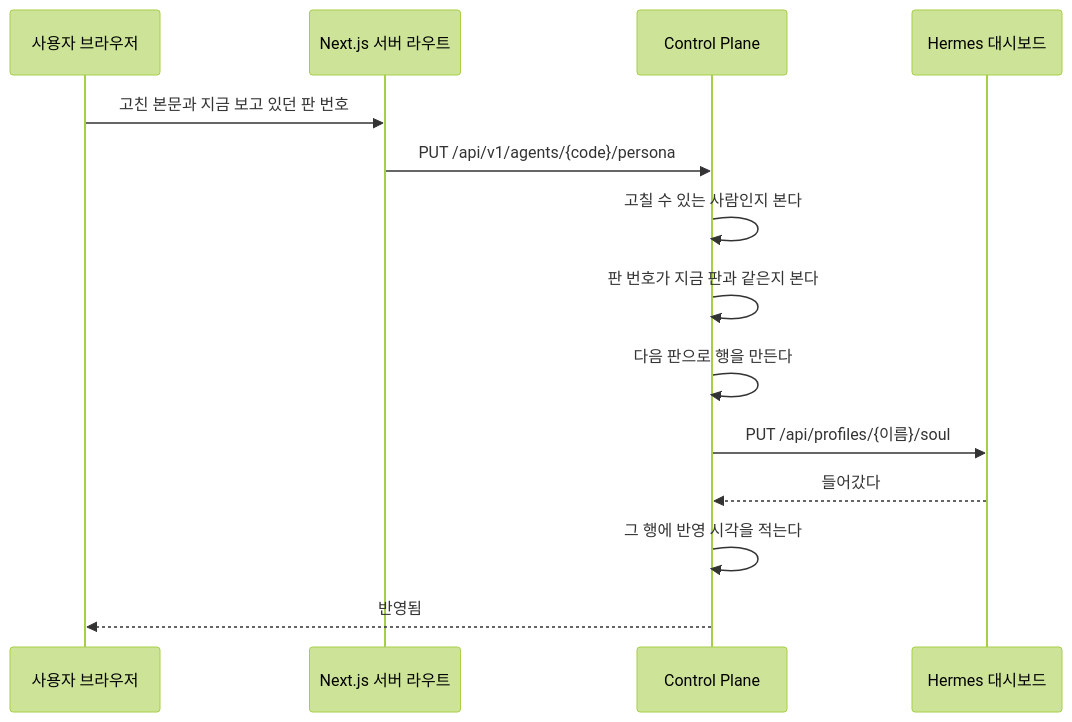
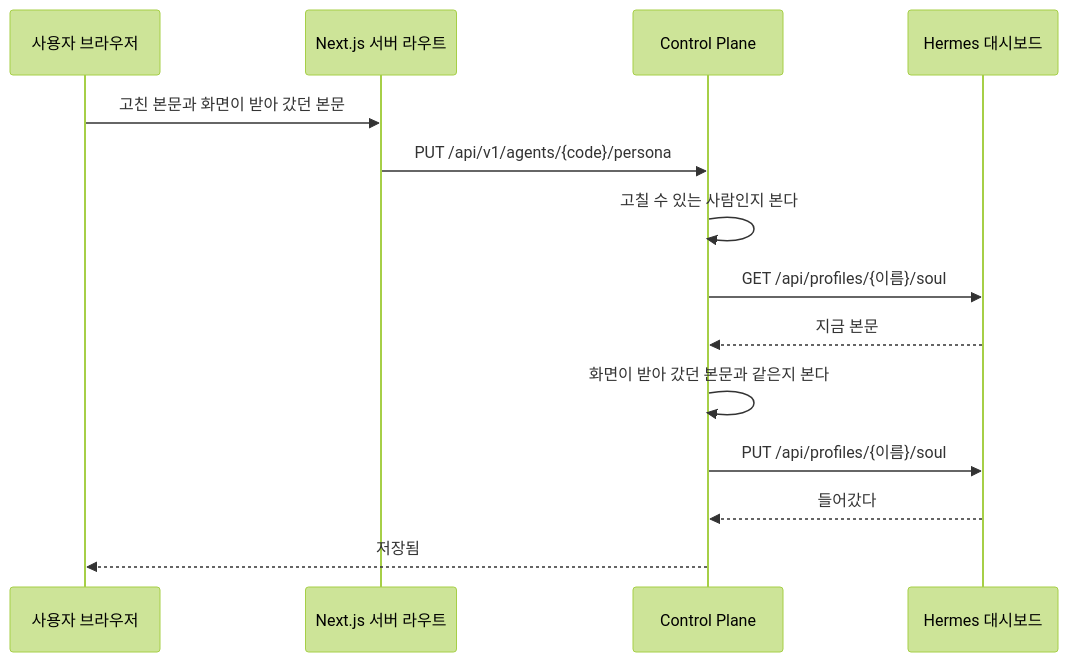
The fourth of 8 diagrams in docs/flow.md (jon890/fos-assistant), drawn with Mermaid (forest theme) before and after one commit. The commit also changed other lines of this file and 11 other files, not shown here.

````diff
--- a/docs/flow.md
+++ b/docs/flow.md
@@ -149,17 +149,17 @@
 ```mermaid
 sequenceDiagram
     participant U as 사용자 브라우저
     participant W as Next.js 서버 라우트
     participant C as Control Plane
     participant D as Hermes 대시보드
 
-    U->>W: 고친 본문과 지금 보고 있던 판 번호
+    U->>W: 고친 본문과 화면이 받아 갔던 본문
     W->>C: PUT /api/v1/agents/{code}/persona
     C->>C: 고칠 수 있는 사람인지 본다
-    C->>C: 판 번호가 지금 판과 같은지 본다
-    C->>C: 다음 판으로 행을 만든다
+    C->>D: GET /api/profiles/{이름}/soul
+    D-->>C: 지금 본문
+    C->>C: 화면이 받아 갔던 본문과 같은지 본다
     C->>D: PUT /api/profiles/{이름}/soul
     D-->>C: 들어갔다
-    C->>C: 그 행에 반영 시각을 적는다
-    C-->>U: 반영됨
+    C-->>U: 저장됨
 ```
````
